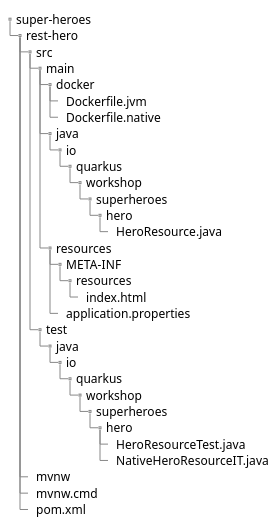
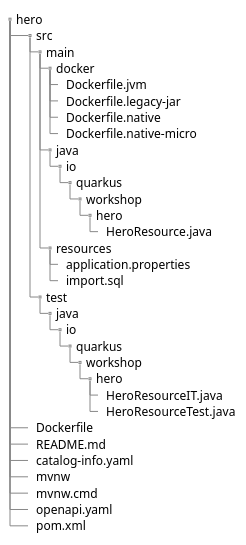
The diagram in docs/docs/diagrams/hero-directory-structure.puml (cescoffier/quarkus-openshift-workshop), drawn with PlantUML before and after one commit. The commit also changed 7 other files, not shown here.

```diff
--- a/docs/docs/diagrams/hero-directory-structure.puml
+++ b/docs/docs/diagrams/hero-directory-structure.puml
@@ -1,38 +1,39 @@
 @startsalt
 {
 {
 T
-super-heroes
-+  rest-hero
+hero
 ++  src
 +++  main
 ++++  docker
 +++++  Dockerfile.jvm
++++++  Dockerfile.legacy-jar
 +++++  Dockerfile.native
++++++  Dockerfile.native-micro
 ++++  java
 +++++  io
 ++++++  quarkus
 +++++++  workshop
-++++++++  superheroes
-+++++++++  hero
-++++++++++  HeroResource.java
+++++++++  hero
++++++++++  HeroResource.java
 ++++  resources
-+++++  META-INF
-++++++  resources
-+++++++  index.html
 +++++  application.properties
++++++  import.sql
 +++  test
 ++++  java
 +++++  io
 ++++++  quarkus
 +++++++  workshop
-++++++++  superheroes
-+++++++++  hero
-++++++++++  HeroResourceTest.java
-++++++++++  NativeHeroResourceIT.java
-++  mvnw
-++  mvnw.cmd
-++  pom.xml
+++++++++  hero
++++++++++  HeroResourceIT.java
++++++++++  HeroResourceTest.java
+++ Dockerfile
+++ README.md
+++ catalog-info.yaml
+++ mvnw
+++ mvnw.cmd
+++ openapi.yaml
+++ pom.xml
 }
 }
 @endsalt
```
